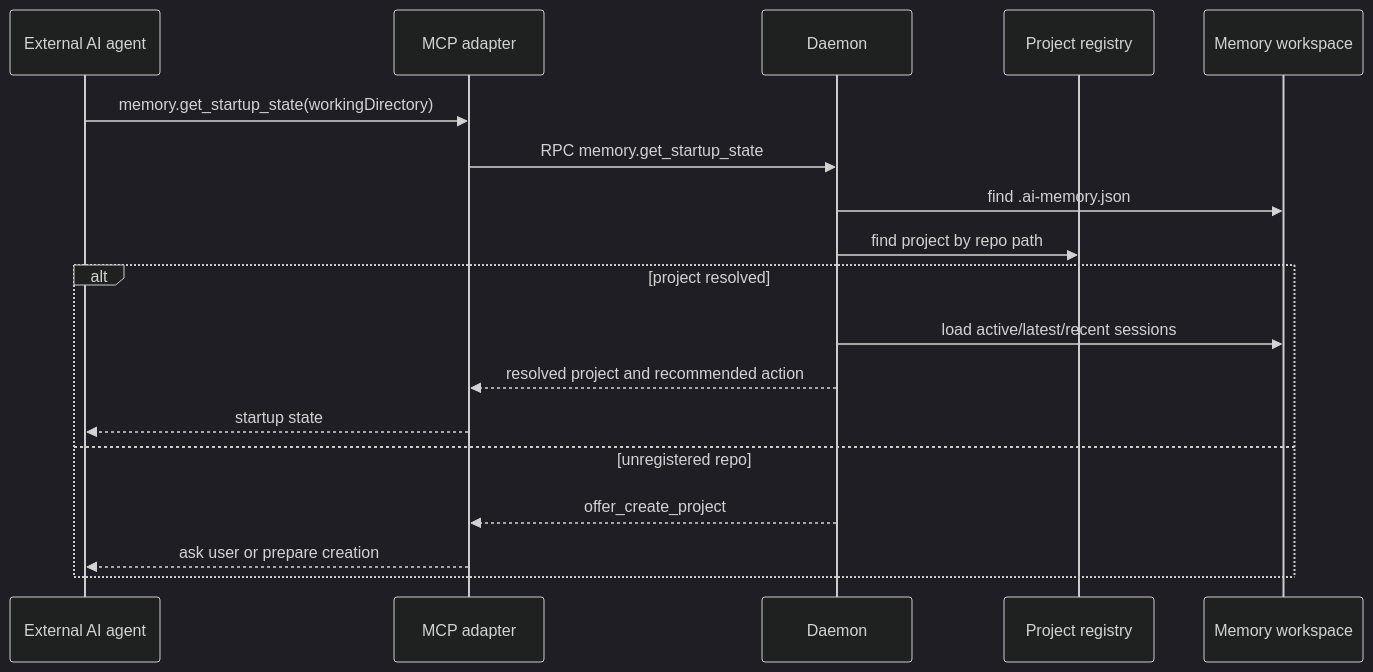
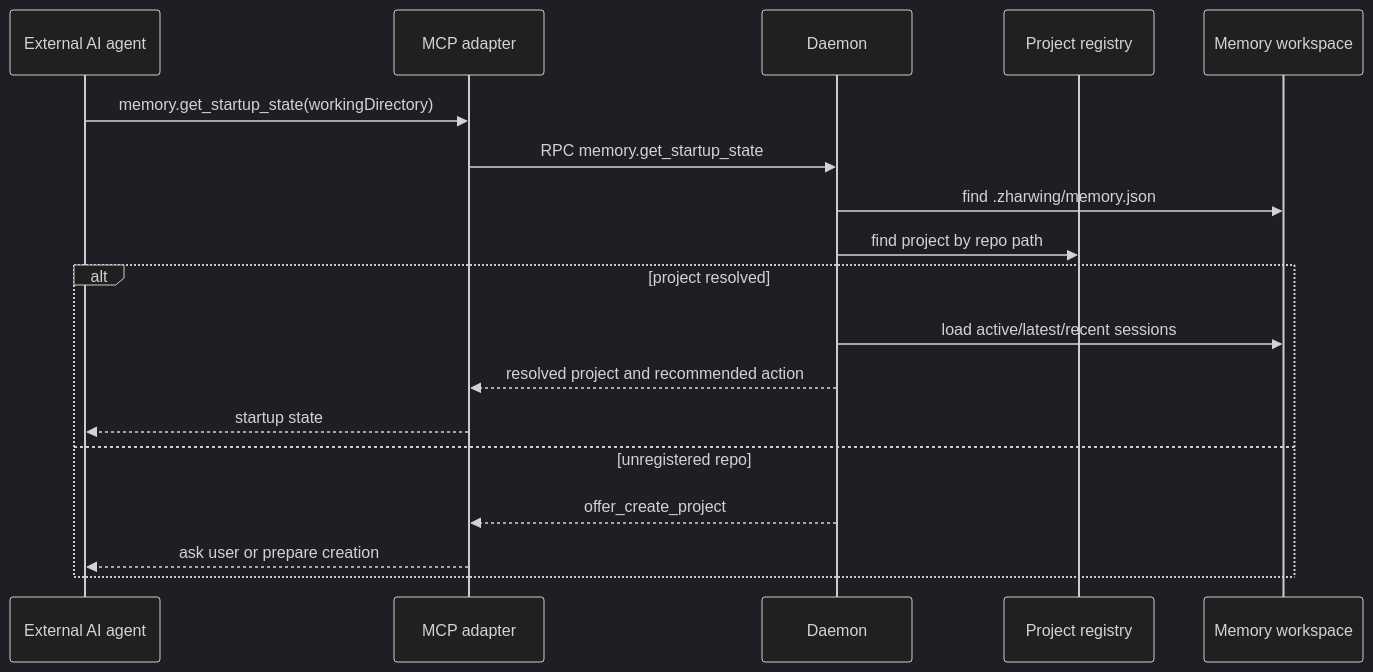
The sixth of 21 diagrams in docs/DIAGRAMS.md (zharwing/memory), drawn with Mermaid (dark theme) before and after one commit. The commit also changed other lines of this file and 112 other files, not shown here.

First line of the commit message:
feat!: rename to Zharwing Memory - @aimem/* becomes @zharwing/memory-*

````diff
--- a/docs/DIAGRAMS.md
+++ b/docs/DIAGRAMS.md
@@ -293,21 +293,21 @@
 ```mermaid
 sequenceDiagram
   participant Agent as External AI agent
   participant MCP as MCP adapter
   participant Daemon as Daemon
   participant Registry as Project registry
   participant Storage as Memory workspace
 
   Agent->>MCP: memory.get_startup_state(workingDirectory)
   MCP->>Daemon: RPC memory.get_startup_state
-  Daemon->>Storage: find .ai-memory.json
+  Daemon->>Storage: find .zharwing/memory.json
   Daemon->>Registry: find project by repo path
   alt project resolved
     Daemon->>Storage: load active/latest/recent sessions
     Daemon-->>MCP: resolved project and recommended action
     MCP-->>Agent: startup state
   else unregistered repo
     Daemon-->>MCP: offer_create_project
     MCP-->>Agent: ask user or prepare creation
   end
 ```
````
